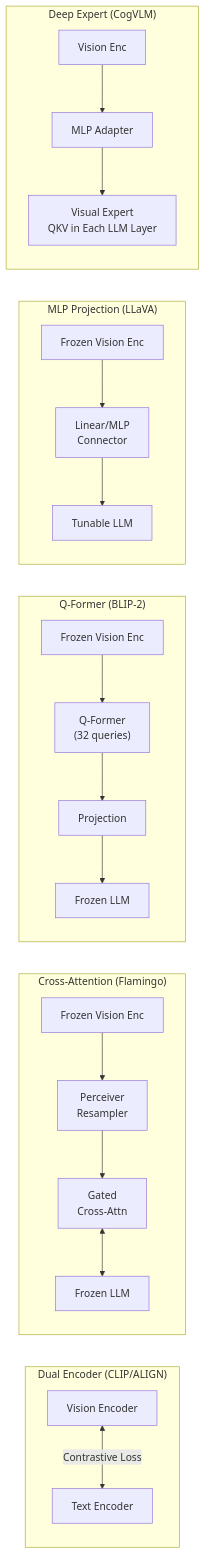
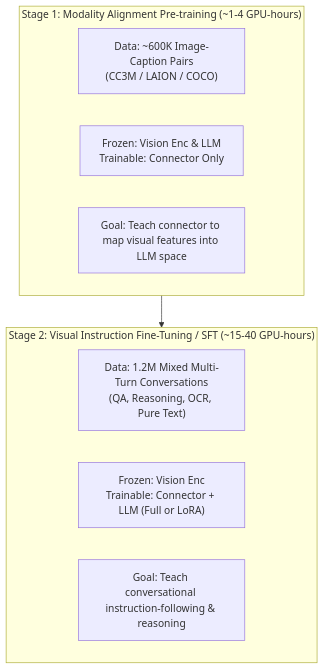
One commit to subhrm/subhrm.github.io changed the fourth of 6 diagrams in src/content/posts/2026-05-22-Multi-Modal-Models.md. Above: the diagram before and after it, drawn with Mermaid. The commit also changed other lines of this file, not shown here.

Commit message:
Simplifying Multimodal LLM Post

````diff
--- a/src/content/posts/2026-05-22-Multi-Modal-Models.md
+++ b/src/content/posts/2026-05-22-Multi-Modal-Models.md
@@ -425,18 +172,14 @@
 ```mermaid
-graph LR
-    subgraph Paradigm1["Dual Encoder (CLIP/ALIGN)"]
-        P1_ViT["Vision Encoder"] <-->|"Contrastive Loss"| P1_Text["Text Encoder"]
+graph TD
+    subgraph Stage1["Stage 1: Modality Alignment Pre-training (~1-4 GPU-hours)"]
+        S1_Data["Data: ~600K Image-Caption Pairs\n(CC3M / LAION / COCO)"]
+        S1_Weights["Frozen: Vision Enc & LLM\nTrainable: Connector Only"]
+        S1_Goal["Goal: Teach connector to map visual features into LLM space"]
     end
-    subgraph Paradigm2["Cross-Attention (Flamingo)"]
-        P2_ViT["Frozen Vision Enc"] --> P2_PR["Perceiver\nResampler"] --> P2_XA["Gated\nCross-Attn"] <--> P2_LLM["Frozen LLM"]
+    subgraph Stage2["Stage 2: Visual Instruction Fine-Tuning / SFT (~15-40 GPU-hours)"]
+        S2_Data["Data: 1.2M Mixed Multi-Turn Conversations\n(QA, Reasoning, OCR, Pure Text)"]
+        S2_Weights["Frozen: Vision Enc\nTrainable: Connector + LLM (Full or LoRA)"]
+        S2_Goal["Goal: Teach conversational instruction-following & reasoning"]
     end
-    subgraph Paradigm3["Q-Former (BLIP-2)"]
-        P3_ViT["Frozen Vision Enc"] --> P3_QF["Q-Former\n(32 queries)"] --> P3_Proj["Projection"] --> P3_LLM["Frozen LLM"]
-    end
-    subgraph Paradigm4["MLP Projection (LLaVA)"]
-        P4_ViT["Frozen Vision Enc"] --> P4_MLP["Linear/MLP\nConnector"] --> P4_LLM["Tunable LLM"]
-    end
-    subgraph Paradigm5["Deep Expert (CogVLM)"]
-        P5_ViT["Vision Enc"] --> P5_MLP["MLP Adapter"] --> P5_EXP["Visual Expert\nQKV in Each LLM Layer"]
-    end
+    Stage1 --> Stage2
 ```
````
